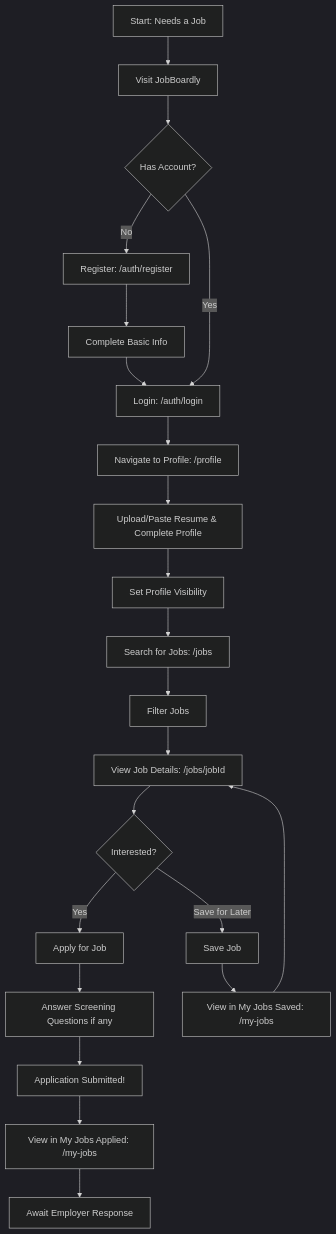
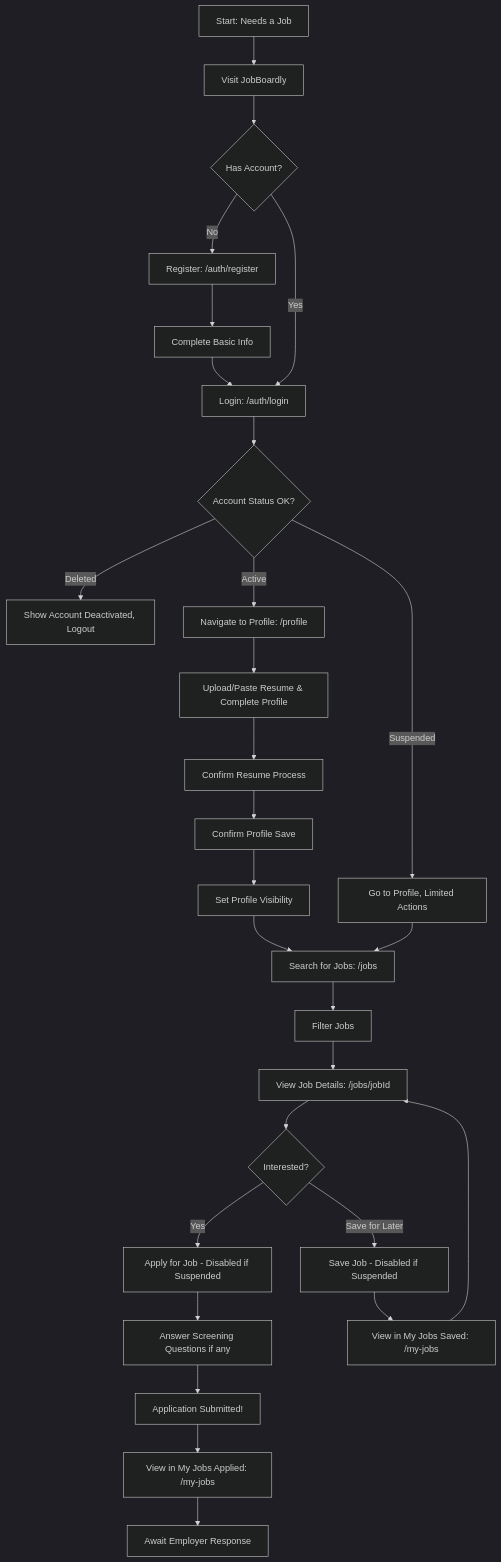
One commit to KishoreKammela/JobBoardly changed the first of 2 diagrams in docs/job-seeker-features.md. Above: the diagram before and after it, drawn with Mermaid (dark theme). The commit also changed other lines of this file and 3 other files, not shown here.

````diff
--- a/docs/job-seeker-features.md
+++ b/docs/job-seeker-features.md
@@ -87,24 +94,32 @@
 ```mermaid
 graph TD
     A[Start: Needs a Job] --> B[Visit JobBoardly]
     B --> C{Has Account?}
     C -- No --> D[Register: /auth/register]
     D --> E[Complete Basic Info]
     E --> F[Login: /auth/login]
     C -- Yes --> F
-    F --> G[Navigate to Profile: /profile]
+    F --> F_check_status{Account Status OK?}
+    F_check_status -- Deleted --> F_deleted[Show Account Deactivated, Logout]
+    F_check_status -- Suspended --> G_suspended[Go to Profile, Limited Actions]
+    F_check_status -- Active --> G[Navigate to Profile: /profile]
+
     G --> H[Upload/Paste Resume & Complete Profile]
-    H --> I[Set Profile Visibility]
+    H --> H_confirm_process[Confirm Resume Process]
+    H_confirm_process --> H_confirm_save[Confirm Profile Save]
+    H_confirm_save --> I[Set Profile Visibility]
     I --> J[Search for Jobs: /jobs]
     J --> K[Filter Jobs]
     K --> L[View Job Details: /jobs/jobId]
     L --> M{Interested?}
-    M -- Yes --> N[Apply for Job]
+    M -- Yes --> N[Apply for Job - Disabled if Suspended]
     N --> O[Answer Screening Questions if any]
     O --> P[Application Submitted!]
     P --> Q[View in My Jobs Applied: /my-jobs]
-    M -- Save for Later --> S[Save Job]
+    M -- Save for Later --> S[Save Job - Disabled if Suspended]
     S --> T[View in My Jobs Saved: /my-jobs]
     Q --> U[Await Employer Response]
     T --> L
+
+    G_suspended --> J
 ```
````
